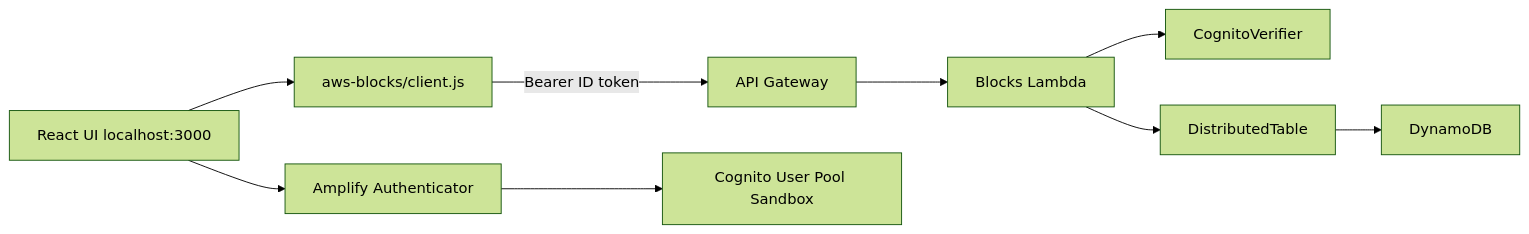
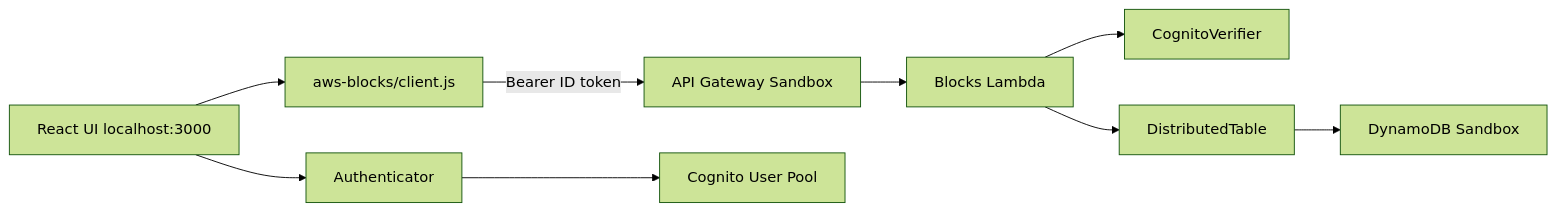
One commit to k-adachi-01/hands-on-amplify-todo-to-aws-blocks changed the diagram in docs/ARTICLE-DRAFT.md. Above: the diagram before and after it, drawn with Mermaid (forest theme). The commit also changed other lines of this file and 3 other files, not shown here.

````diff
--- a/docs/ARTICLE-DRAFT.md
+++ b/docs/ARTICLE-DRAFT.md
@@ -182,11 +173,11 @@
 ```mermaid
 flowchart LR
-  ReactApp["React UI localhost:3000"] --> AmplifyAuth["Amplify Authenticator"]
+  ReactApp["React UI localhost:3000"] --> AmplifyAuth["Authenticator"]
   ReactApp --> BlocksClient["aws-blocks/client.js"]
-  BlocksClient -->|"Bearer ID token"| ApiGateway["API Gateway"]
+  BlocksClient -->|"Bearer ID token"| ApiGateway["API Gateway Sandbox"]
   ApiGateway --> BlocksLambda["Blocks Lambda"]
   BlocksLambda --> CognitoVerifier["CognitoVerifier"]
   BlocksLambda --> DistributedTable["DistributedTable"]
-  DistributedTable --> DynamoDB["DynamoDB"]
-  AmplifyAuth --> CognitoPool["Cognito User Pool Sandbox"]
+  DistributedTable --> DynamoDB["DynamoDB Sandbox"]
+  AmplifyAuth --> CognitoPool["Cognito User Pool"]
 ```
````
